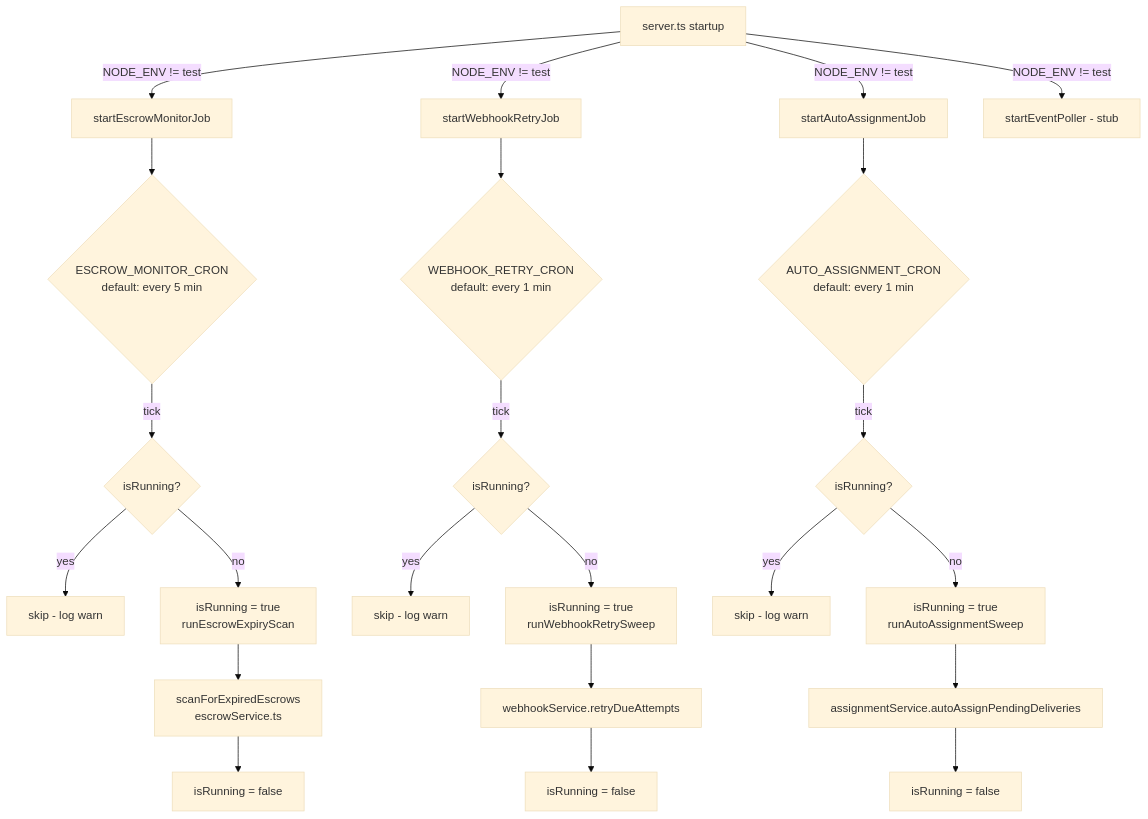
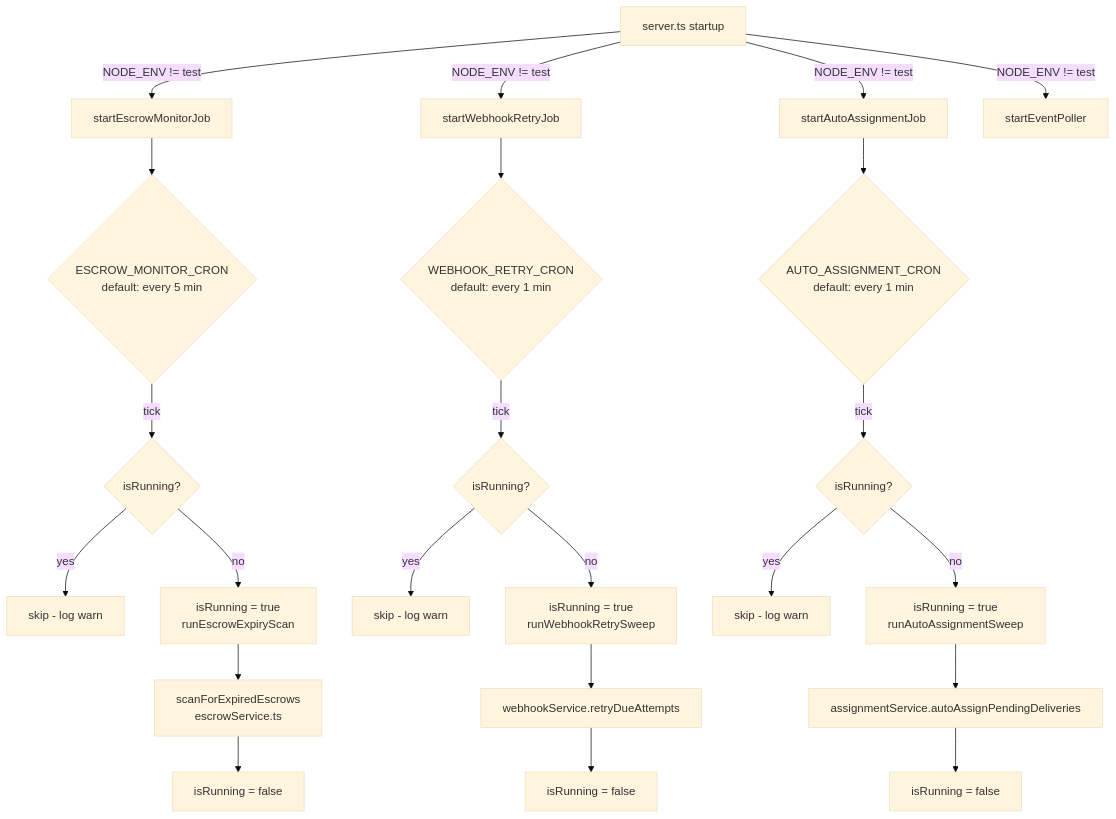
Before and after one commit to Aboyeji-Isaac/SwiftChain_Backend: the third of 4 diagrams in docs/architecture.md, drawn with Mermaid (base theme). The commit also changed other lines of this file and 10 other files, not shown here.

First line of the commit message:
Resolve #230, #231, #233 and #237: tests and event poller ingestion

````diff
--- a/docs/architecture.md
+++ b/docs/architecture.md
@@ -722,28 +722,28 @@
 ```mermaid
 flowchart TD
     A[server.ts startup] -->|NODE_ENV != test| B[startEscrowMonitorJob]
     A -->|NODE_ENV != test| C[startWebhookRetryJob]
     A -->|NODE_ENV != test| D[startAutoAssignmentJob]
-    A -->|NODE_ENV != test| E[startEventPoller - stub]
+    A -->|NODE_ENV != test| E[startEventPoller]
 
     B --> F{ESCROW_MONITOR_CRON\ndefault: every 5 min}
     F -->|tick| G{isRunning?}
     G -->|yes| H[skip - log warn]
     G -->|no| I[isRunning = true\nrunEscrowExpiryScan]
     I --> J[scanForExpiredEscrows\nescrowService.ts]
     J --> K[isRunning = false]
 
     C --> L{WEBHOOK_RETRY_CRON\ndefault: every 1 min}
     L -->|tick| M{isRunning?}
     M -->|yes| N[skip - log warn]
     M -->|no| O[isRunning = true\nrunWebhookRetrySweep]
     O --> P[webhookService.retryDueAttempts]
     P --> Q[isRunning = false]
 
     D --> R{AUTO_ASSIGNMENT_CRON\ndefault: every 1 min}
     R -->|tick| S{isRunning?}
     S -->|yes| T[skip - log warn]
     S -->|no| U[isRunning = true\nrunAutoAssignmentSweep]
     U --> V[assignmentService.autoAssignPendingDeliveries]
     V --> W[isRunning = false]
 ```
````
